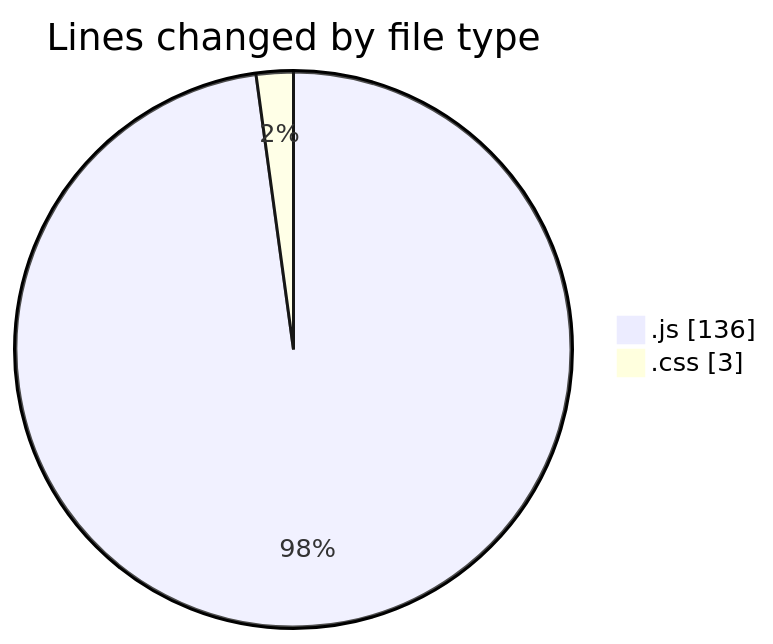
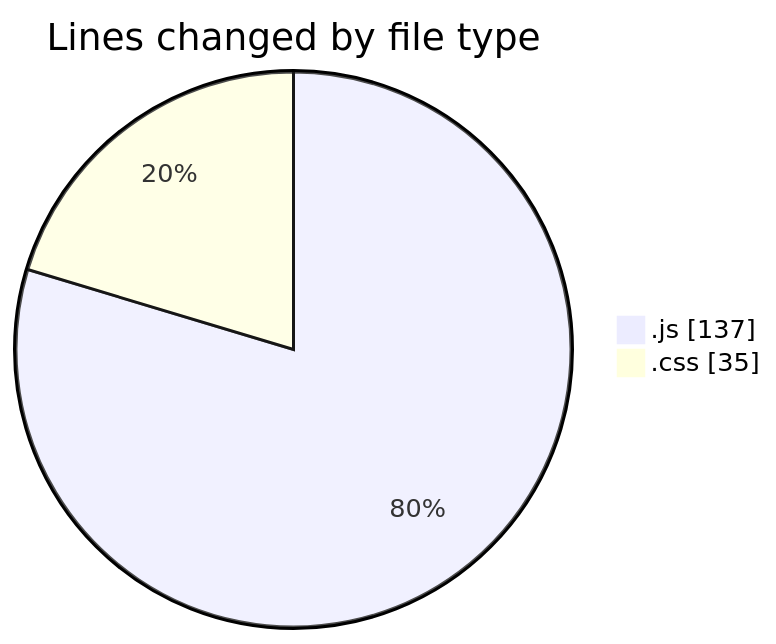
Before and after one commit to lephambinh05/code-tracking: the first of 2 diagrams in 2025-09-07/quytuthien_vn/README.md, drawn with Mermaid. The commit also changed other lines of this file and 1 other file, not shown here.

````diff
--- a/2025-09-07/quytuthien_vn/README.md
+++ b/2025-09-07/quytuthien_vn/README.md
@@ -22,6 +23,6 @@
 ```mermaid
 pie showData
 title Lines changed by file type
-".js" : 136
-".css" : 3
+".js" : 137
+".css" : 35
 ```
````
